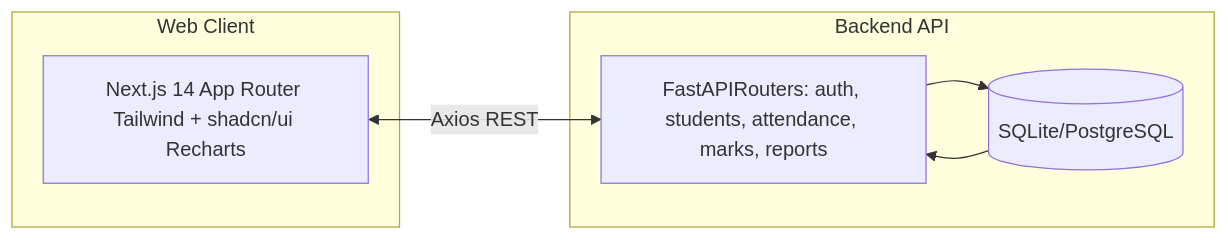
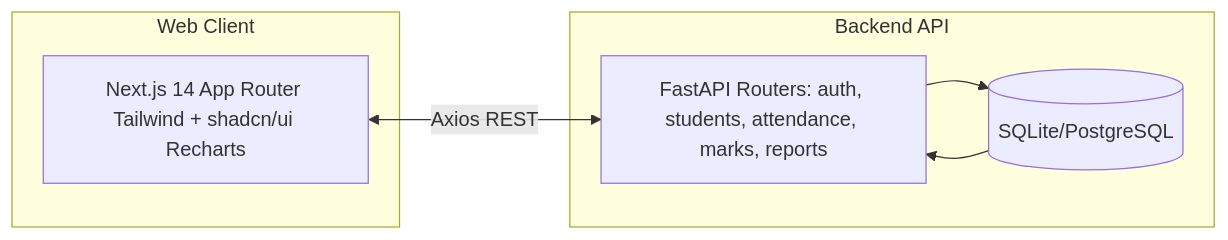
One commit to Nuu-maan/EduTrack changed the diagram in README.md. Above: the diagram before and after it, drawn with Mermaid. The commit also changed other lines of this file and 1 other file, not shown here.

````diff
--- a/README.md
+++ b/README.md
@@ -30,15 +29,15 @@
 ```mermaid
 flowchart LR
   subgraph Client[Web Client]
     UI[Next.js 14 App Router Tailwind + shadcn/ui Recharts]
   end
 
   subgraph Server[Backend API]
-    API[FastAPIRouters: auth, students, attendance, marks, reports]
+    API[FastAPI Routers: auth, students, attendance, marks, reports]
     DB[(SQLite/PostgreSQL)]
   end
 
   UI <-->|Axios REST| API
   API --> DB
   DB --> API
 ```
````
